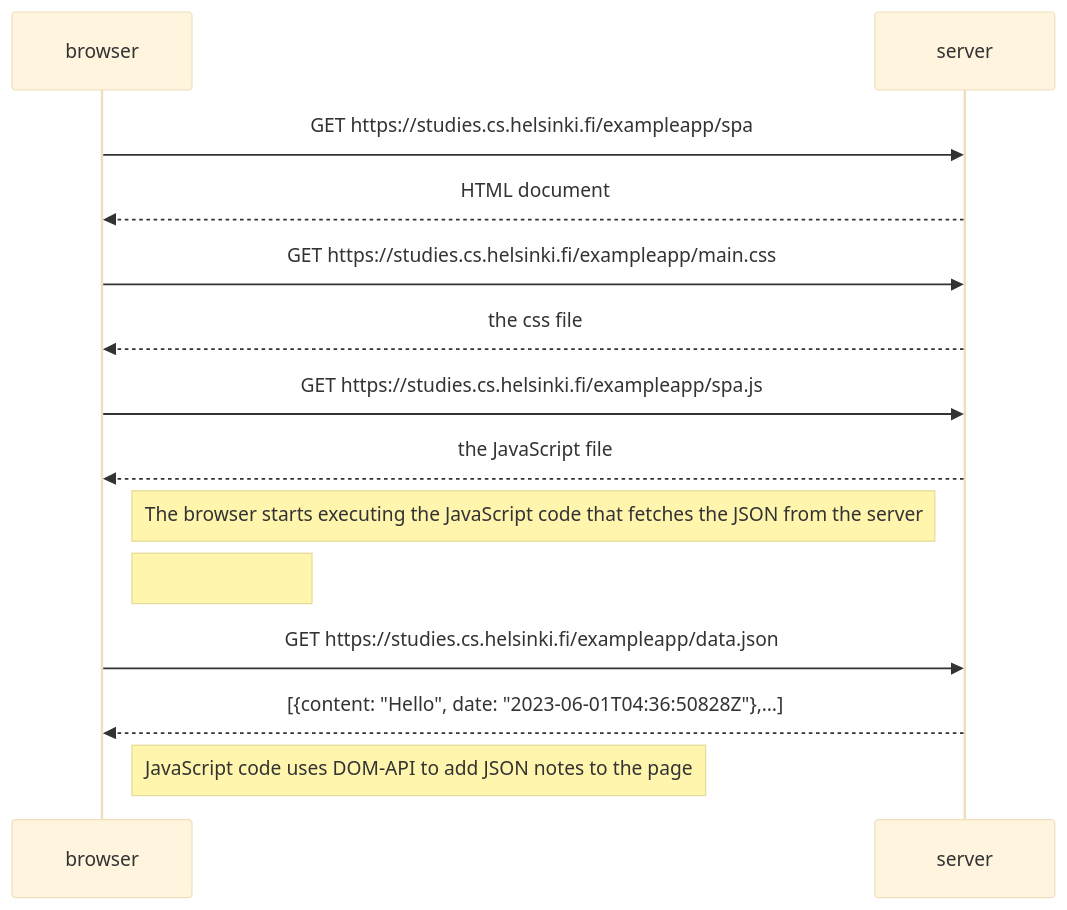
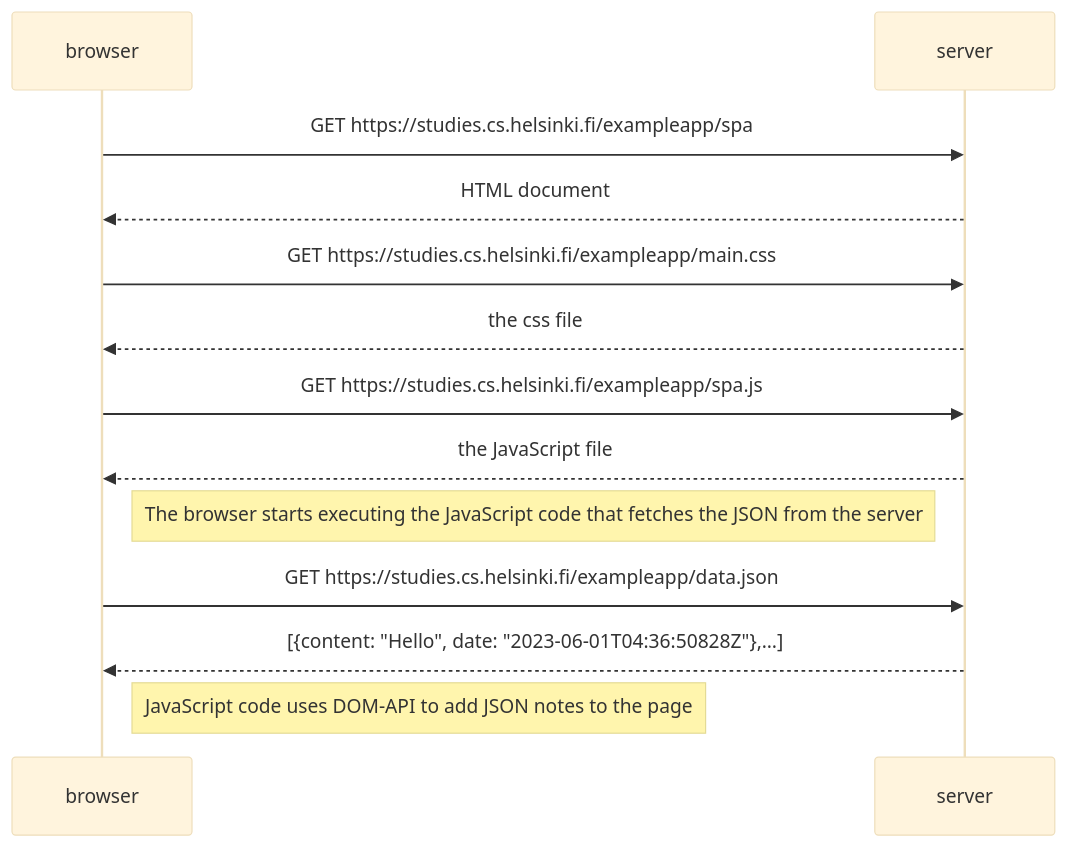
Before and after one commit to Gwasagir/fullstack_open: the diagram in single_page_app_diagram.md, drawn with Mermaid (base theme). The commit also changed 1 other file, not shown here.

Commit message:
Should bbe done, checking

````diff
--- a/single_page_app_diagram.md
+++ b/single_page_app_diagram.md
@@ -3,21 +3,20 @@
 ```mermaid
 sequenceDiagram
 participant browser
 participant server
 
 browser->>server: GET https://studies.cs.helsinki.fi/exampleapp/spa
 server-->>browser: HTML document
 
 browser->>server: GET https://studies.cs.helsinki.fi/exampleapp/main.css
 server-->>browser: the css file
 
 browser->>server: GET https://studies.cs.helsinki.fi/exampleapp/spa.js
 server-->>browser: the JavaScript file
 
 Note right of browser: The browser starts executing the JavaScript code that fetches the JSON from the server
-Note right of browser: 
 
 browser->>server: GET https://studies.cs.helsinki.fi/exampleapp/data.json
 server-->>browser: [{content: "Hello", date: "2023-06-01T04:36:50828Z"},…]
 Note right of browser: JavaScript code uses DOM-API to add JSON notes to the page
 ```
````
